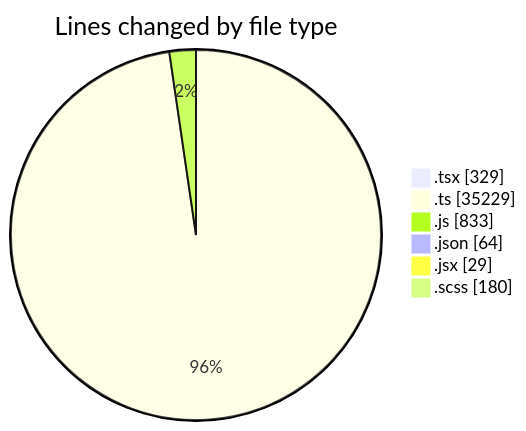
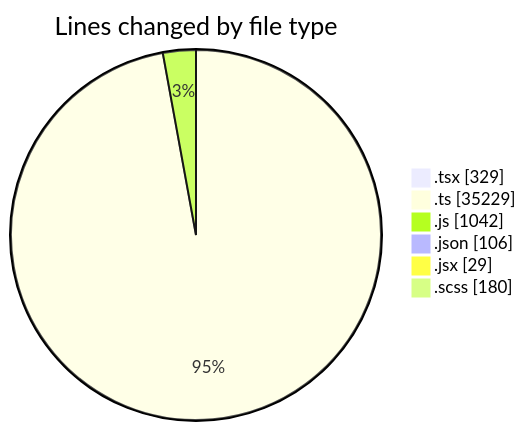
One commit to momahboobian/code-tracking changed the first of 2 diagrams in 2025-12-17/cda/README.md. Above: the diagram before and after it, drawn with Mermaid. The commit also changed other lines of this file and 1 other file, not shown here.

````diff
--- a/2025-12-17/cda/README.md
+++ b/2025-12-17/cda/README.md
@@ -44,10 +48,10 @@
 ```mermaid
 pie showData
 title Lines changed by file type
 ".tsx" : 329
 ".ts" : 35229
-".js" : 833
-".json" : 64
+".js" : 1042
+".json" : 106
 ".jsx" : 29
 ".scss" : 180
 ```
````
